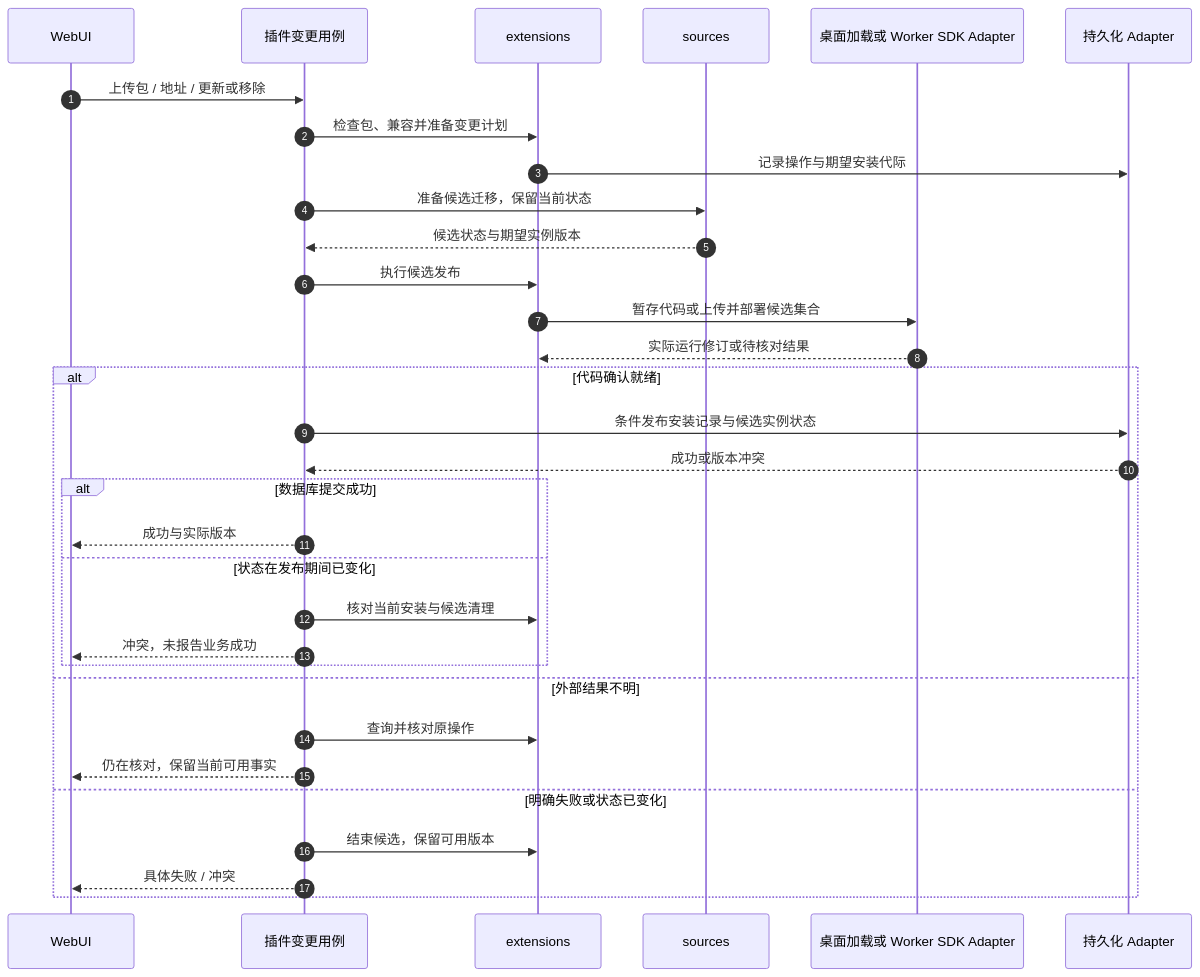
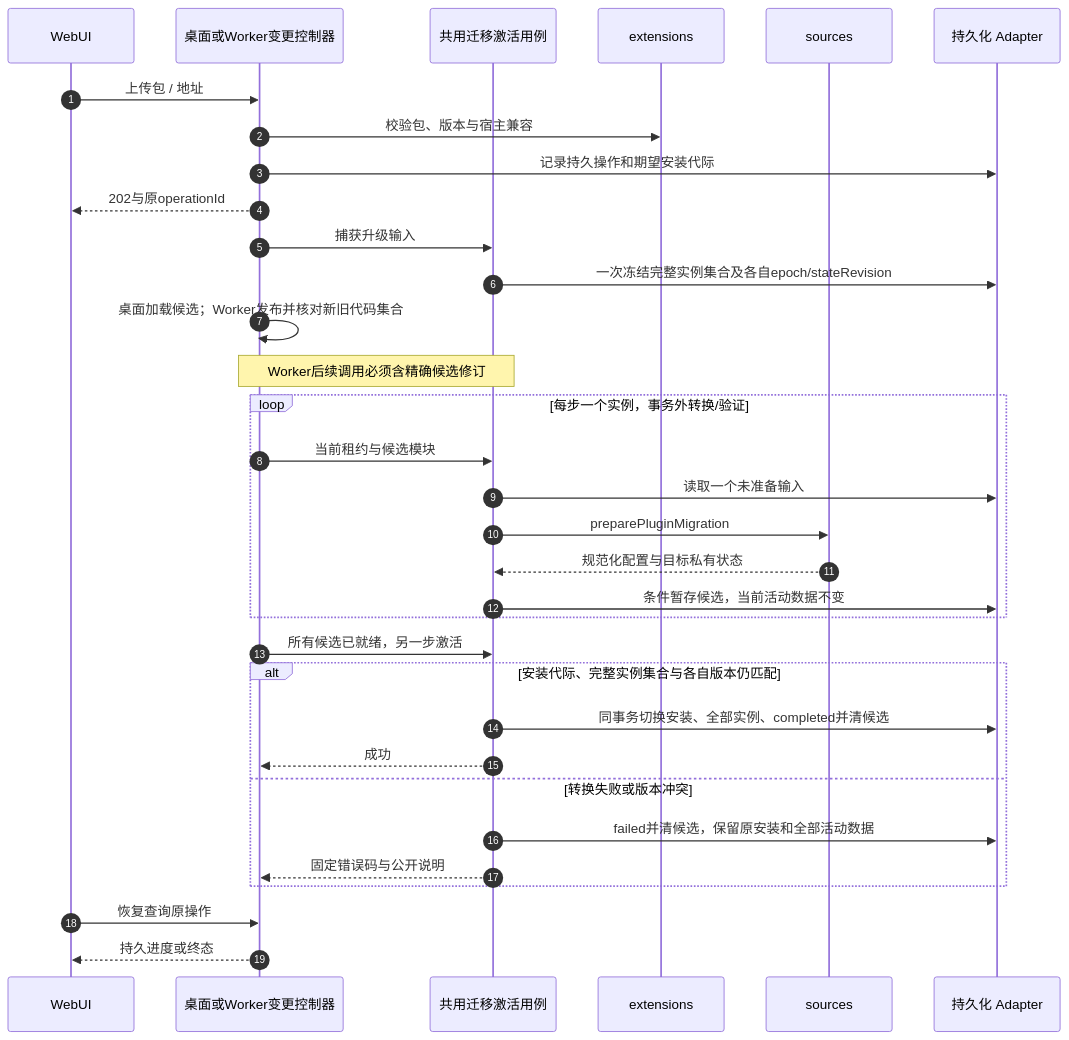
Before and after one commit to shengyusi-SYS/musicfs: the tenth of 12 diagrams in docs/architecture/diagrams.md, drawn with Mermaid. The commit also changed other lines of this file and 40 other files, not shown here.

````diff
--- a/docs/architecture/diagrams.md
+++ b/docs/architecture/diagrams.md
@@ -282,34 +302,35 @@
 ```mermaid
 sequenceDiagram
   autonumber
   participant U as WebUI
-  participant C as 插件变更用例
+  participant H as 桌面或Worker变更控制器
+  participant C as 共用迁移激活用例
   participant E as extensions
   participant S as sources
-  participant H as 桌面加载或 Worker SDK Adapter
   participant DB as 持久化 Adapter
-  U->>C: 上传包 / 地址 / 更新或移除
-  C->>E: 检查包、兼容并准备变更计划
-  E->>DB: 记录操作与期望安装代际
-  C->>S: 准备候选迁移，保留当前状态
-  S-->>C: 候选状态与期望实例版本
-  C->>E: 执行候选发布
-  E->>H: 暂存代码或上传并部署候选集合
-  H-->>E: 实际运行修订或待核对结果
-  alt 代码确认就绪
-    C->>DB: 条件发布安装记录与候选实例状态
-    DB-->>C: 成功或版本冲突
-    alt 数据库提交成功
-      C-->>U: 成功与实际版本
-    else 状态在发布期间已变化
-      C->>E: 核对当前安装与候选清理
-      C-->>U: 冲突，未报告业务成功
-    end
-  else 外部结果不明
-    C->>E: 查询并核对原操作
-    C-->>U: 仍在核对，保留当前可用事实
-  else 明确失败或状态已变化
-    C->>E: 结束候选，保留可用版本
-    C-->>U: 具体失败 / 冲突
+  U->>H: 上传包 / 地址
+  H->>E: 校验包、版本与宿主兼容
+  H->>DB: 记录持久操作和期望安装代际
+  H-->>U: 202与原operationId
+  H->>C: 捕获升级输入
+  C->>DB: 一次冻结完整实例集合及各自epoch/stateRevision
+  H->>H: 桌面加载候选；Worker发布并核对新旧代码集合
+  Note over H,C: Worker后续调用必须含精确候选修订
+  loop 每步一个实例，事务外转换/验证
+    H->>C: 当前租约与候选模块
+    C->>DB: 读取一个未准备输入
+    C->>S: preparePluginMigration
+    S-->>C: 规范化配置与目标私有状态
+    C->>DB: 条件暂存候选，当前活动数据不变
   end
+  H->>C: 所有候选已就绪，另一步激活
+  alt 安装代际、完整实例集合与各自版本仍匹配
+    C->>DB: 同事务切换安装、全部实例、completed并清候选
+    C-->>H: 成功
+  else 转换失败或版本冲突
+    C->>DB: failed并清候选，保留原安装和全部活动数据
+    C-->>H: 固定错误码与公开说明
+  end
+  U->>H: 恢复查询原操作
+  H-->>U: 持久进度或终态
 ```
````
